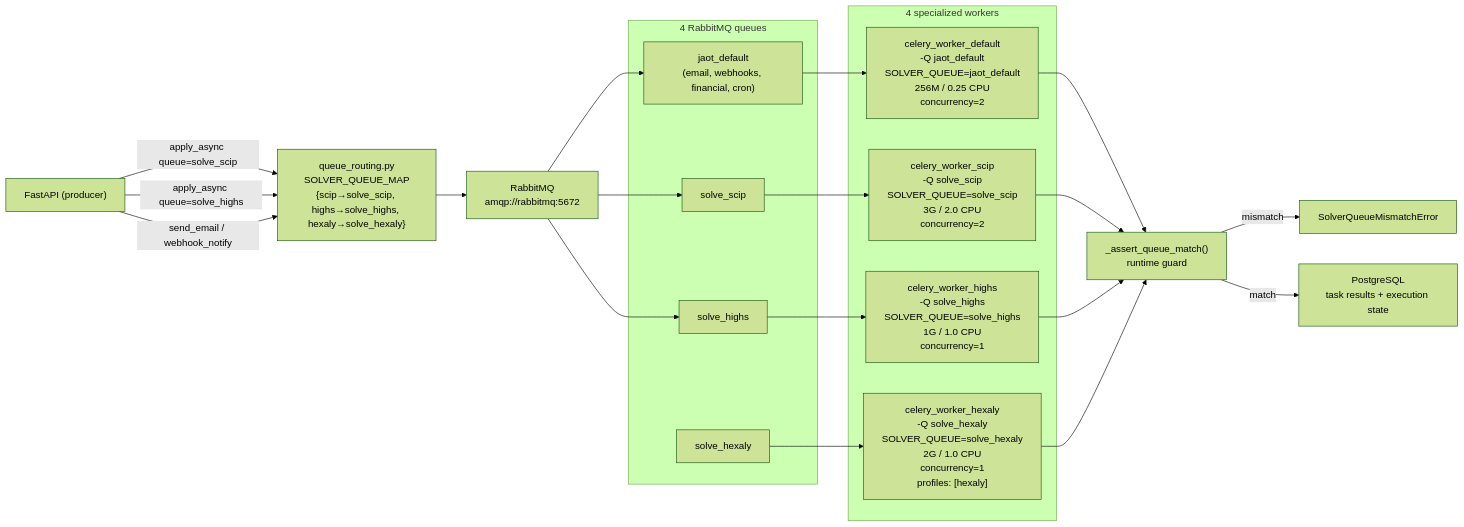
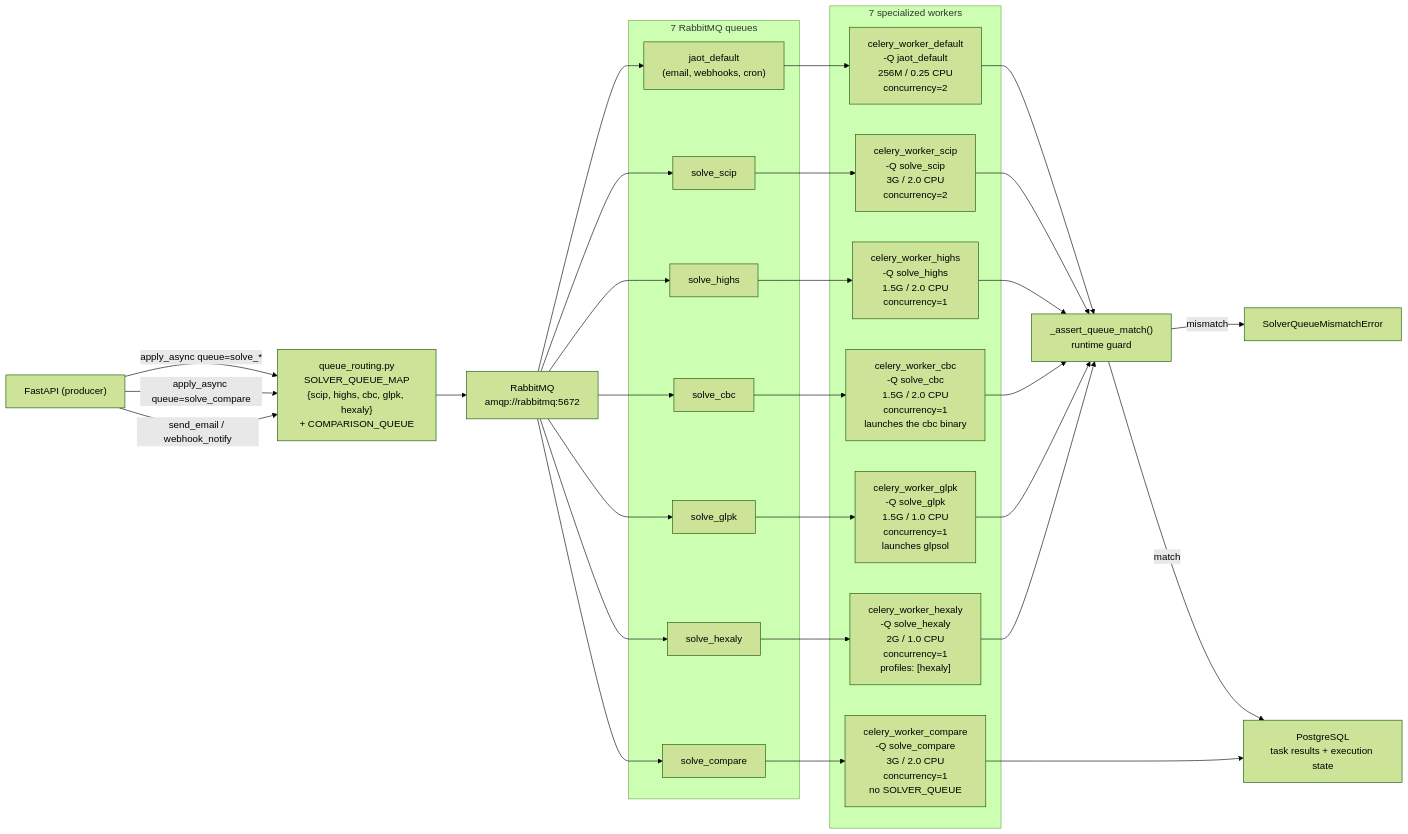
One commit to avallavall/jaot changed the diagram in docs/ARCHITECTURE/05-infrastructure/05-celery-queue-workers.md. Above: the diagram before and after it, drawn with Mermaid (forest theme). The commit also changed other lines of this file and 32 other files, not shown here.

First line of the commit message:
feat(solve): CBC and GLPK, each run as its own program

````diff
--- a/docs/ARCHITECTURE/05-infrastructure/05-celery-queue-workers.md
+++ b/docs/ARCHITECTURE/05-infrastructure/05-celery-queue-workers.md
@@ -7,49 +7,65 @@
 ```mermaid
 graph LR
     API["FastAPI (producer)"]
 
-    Router["queue_routing.py<br/>SOLVER_QUEUE_MAP<br/>{scip→solve_scip, highs→solve_highs, hexaly→solve_hexaly}"]
+    Router["queue_routing.py<br/>SOLVER_QUEUE_MAP<br/>{scip, highs, cbc, glpk, hexaly}<br/>+ COMPARISON_QUEUE"]
 
     Broker["RabbitMQ<br/>amqp://rabbitmq:5672"]
 
-    subgraph Queues["4 RabbitMQ queues"]
-        DefaultQ["jaot_default<br/>(email, webhooks, financial, cron)"]
+    subgraph Queues["7 RabbitMQ queues"]
+        DefaultQ["jaot_default<br/>(email, webhooks, cron)"]
         ScipQ["solve_scip"]
         HighsQ["solve_highs"]
+        CbcQ["solve_cbc"]
+        GlpkQ["solve_glpk"]
         HexalyQ["solve_hexaly"]
+        CompareQ["solve_compare"]
     end
 
-    subgraph Workers["4 specialized workers"]
-        DefaultW["celery_worker_default<br/>-Q jaot_default<br/>SOLVER_QUEUE=jaot_default<br/>256M / 0.25 CPU<br/>concurrency=2"]
-        ScipW["celery_worker_scip<br/>-Q solve_scip<br/>SOLVER_QUEUE=solve_scip<br/>3G / 2.0 CPU<br/>concurrency=2"]
-        HighsW["celery_worker_highs<br/>-Q solve_highs<br/>SOLVER_QUEUE=solve_highs<br/>1G / 1.0 CPU<br/>concurrency=1"]
-        HexalyW["celery_worker_hexaly<br/>-Q solve_hexaly<br/>SOLVER_QUEUE=solve_hexaly<br/>2G / 1.0 CPU<br/>concurrency=1<br/>profiles: [hexaly]"]
+    subgraph Workers["7 specialized workers"]
+        DefaultW["celery_worker_default<br/>-Q jaot_default<br/>256M / 0.25 CPU<br/>concurrency=2"]
+        ScipW["celery_worker_scip<br/>-Q solve_scip<br/>3G / 2.0 CPU<br/>concurrency=2"]
+        HighsW["celery_worker_highs<br/>-Q solve_highs<br/>1.5G / 2.0 CPU<br/>concurrency=1"]
+        CbcW["celery_worker_cbc<br/>-Q solve_cbc<br/>1.5G / 2.0 CPU<br/>concurrency=1<br/>launches the cbc binary"]
+        GlpkW["celery_worker_glpk<br/>-Q solve_glpk<br/>1.5G / 1.0 CPU<br/>concurrency=1<br/>launches glpsol"]
+        HexalyW["celery_worker_hexaly<br/>-Q solve_hexaly<br/>2G / 1.0 CPU<br/>concurrency=1<br/>profiles: [hexaly]"]
+        CompareW["celery_worker_compare<br/>-Q solve_compare<br/>3G / 2.0 CPU<br/>concurrency=1<br/>no SOLVER_QUEUE"]
     end
 
     Guard["_assert_queue_match()<br/>runtime guard"]
 
     DB["PostgreSQL<br/>task results + execution state"]
     Mismatch["SolverQueueMismatchError"]
 
-    API -->|apply_async queue=solve_scip| Router
-    API -->|apply_async queue=solve_highs| Router
+    API -->|apply_async queue=solve_*| Router
+    API -->|apply_async queue=solve_compare| Router
     API -->|send_email / webhook_notify| Router
     Router --> Broker
 
     Broker --> DefaultQ
     Broker --> ScipQ
     Broker --> HighsQ
+    Broker --> CbcQ
+    Broker --> GlpkQ
+    Broker --> HexalyQ
+    Broker --> CompareQ
 
     DefaultQ --> DefaultW
     ScipQ --> ScipW
     HighsQ --> HighsW
+    CbcQ --> CbcW
+    GlpkQ --> GlpkW
     HexalyQ --> HexalyW
+    CompareQ --> CompareW
 
     DefaultW --> Guard
     ScipW --> Guard
     HighsW --> Guard
+    CbcW --> Guard
+    GlpkW --> Guard
     HexalyW --> Guard
 
     Guard -->|mismatch| Mismatch
     Guard -->|match| DB
+    CompareW --> DB
 ```
````
